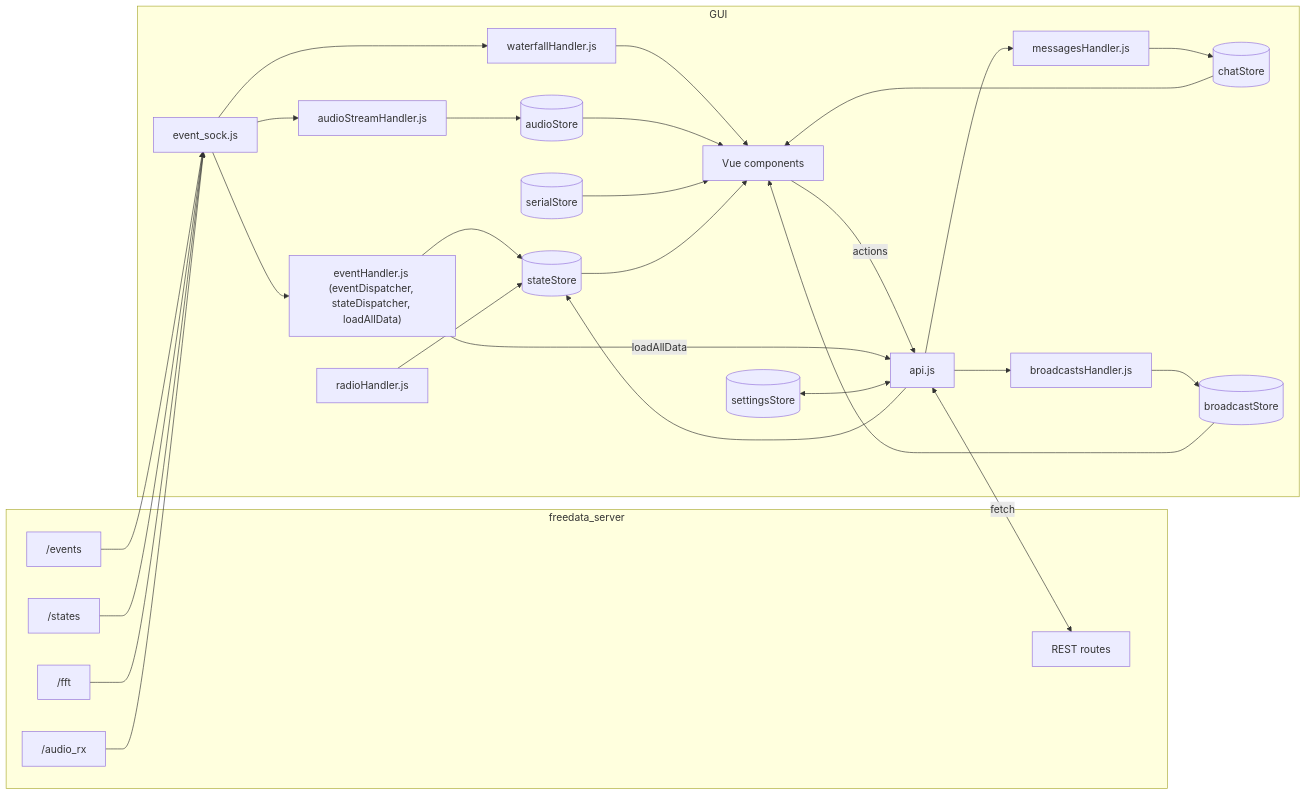
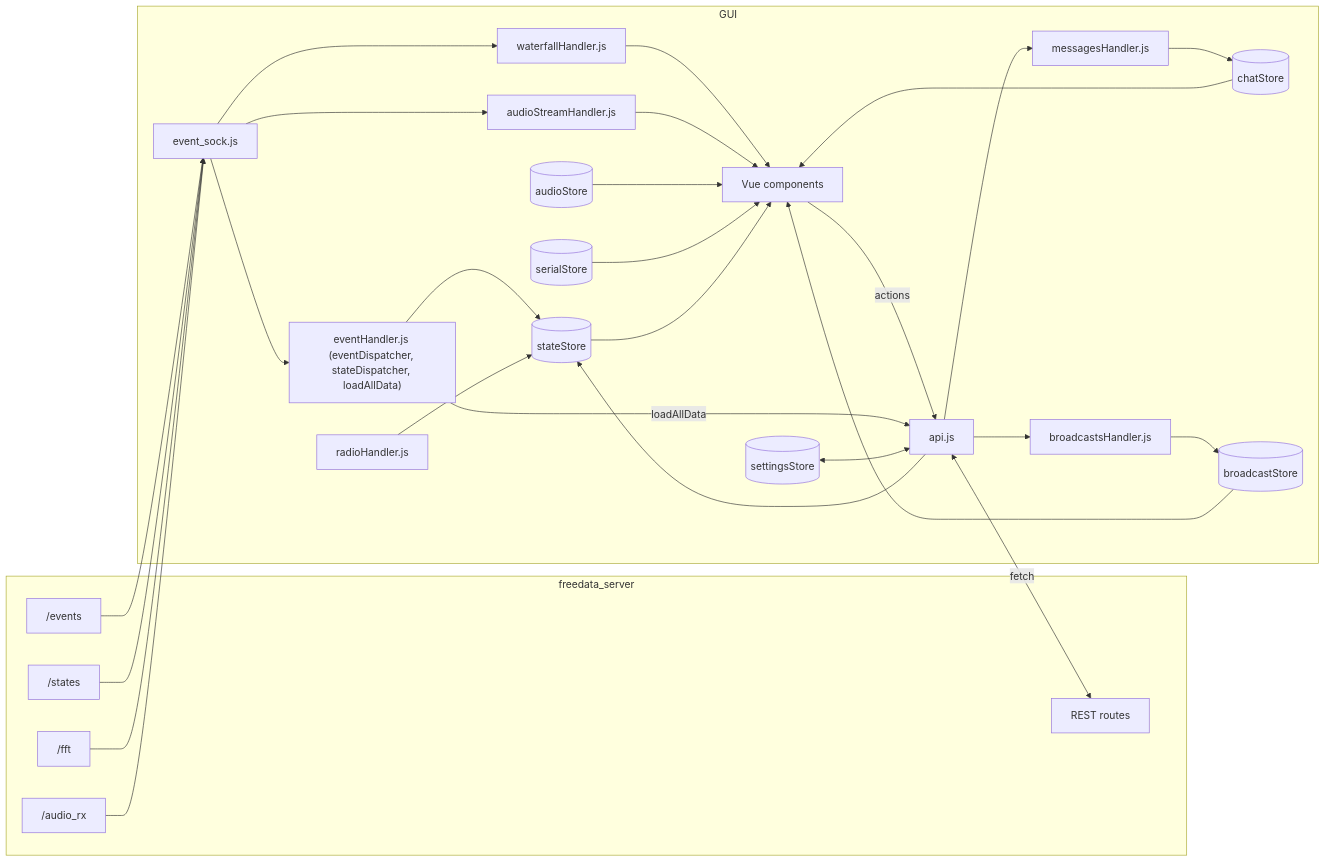
Before and after one commit to OH2JRB/FreeDATA: the diagram in freedata_gui/docs/architecture.md, drawn with Mermaid. The commit also changed other lines of this file and 15 other files, not shown here.

````diff
--- a/freedata_gui/docs/architecture.md
+++ b/freedata_gui/docs/architecture.md
@@ -146,45 +146,45 @@
 ```mermaid
 flowchart LR
   subgraph Server[freedata_server]
     REST[REST routes]
     EV["/events"]
     ST["/states"]
     FFT["/fft"]
     AUD["/audio_rx"]
   end
   subgraph GUI
     API[api.js]
     ES[event_sock.js]
     EH["eventHandler.js (eventDispatcher, stateDispatcher, loadAllData)"]
     WF[waterfallHandler.js]
     AS[audioStreamHandler.js]
     MH[messagesHandler.js]
     BH[broadcastsHandler.js]
     RH[radioHandler.js]
     S[(stateStore)]
     C[(chatStore)]
     B[(broadcastStore)]
     A[(audioStore)]
     SE[(serialStore)]
     SET[(settingsStore)]
     COMP[Vue components]
   end
   COMP -->|actions| API
   API <-->|fetch| REST
   EV --> ES --> EH
   ST --> ES
   FFT --> ES --> WF --> COMP
-  AUD --> ES --> AS --> A
+  AUD --> ES --> AS --> COMP
   EH --> S
   EH -->|loadAllData| API
   API --> MH --> C
   API --> BH --> B
   RH --> S
   API --> S
   A --> COMP
   SE --> COMP
   SET <--> API
   S --> COMP
   C --> COMP
   B --> COMP
 ```
````
